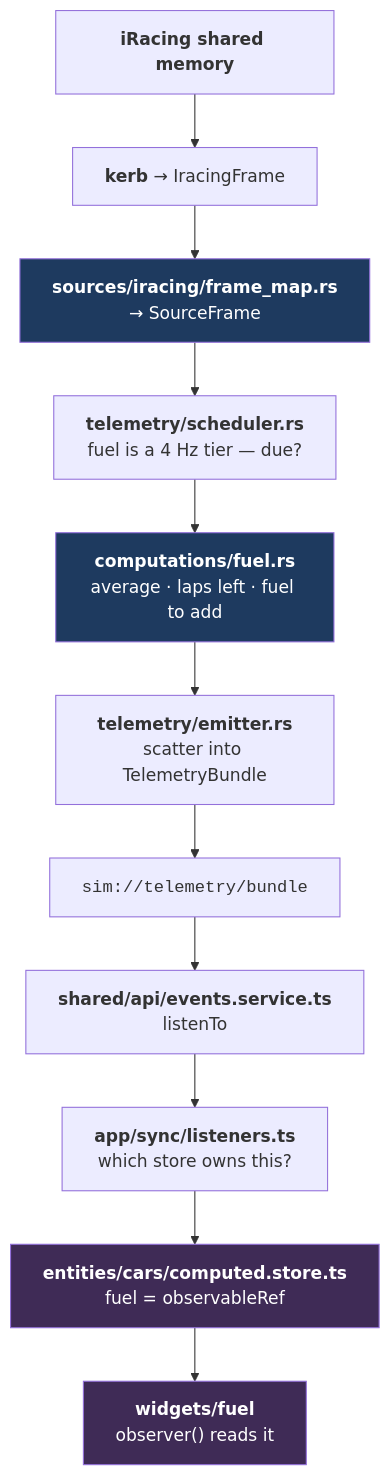
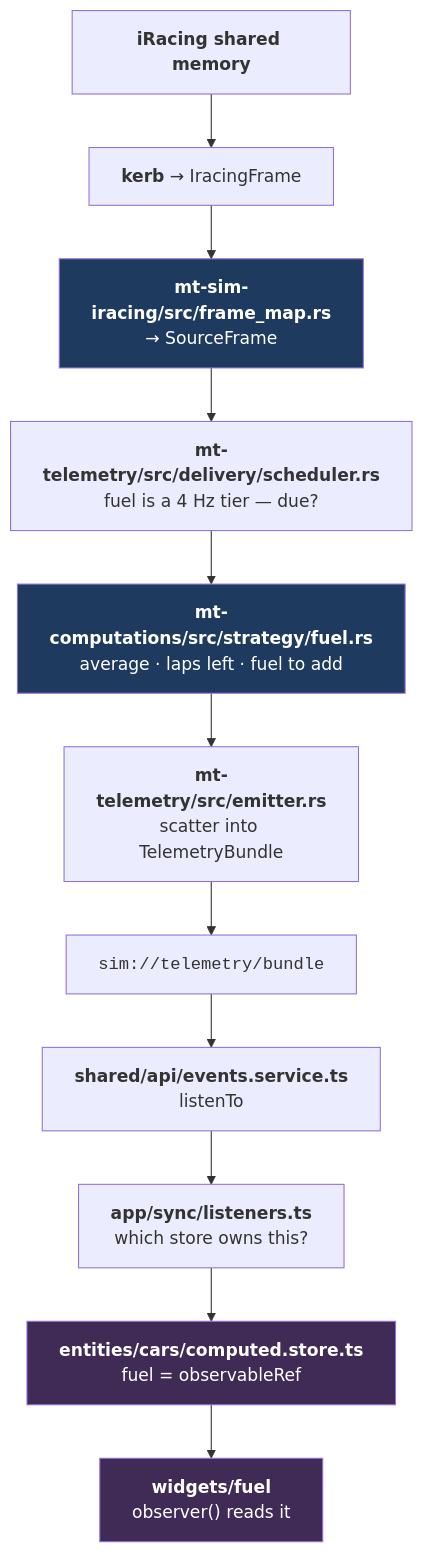
Diagram 19 of 22 in docs/architecture.md (mvoof/Marble-Trace), drawn with Mermaid before and after one commit. The commit also changed other lines of this file and 291 other files, not shown here.

````diff
--- a/docs/architecture.md
+++ b/docs/architecture.md
@@ -1698,21 +1718,21 @@
 ```mermaid
 flowchart TB
     S["<b>iRacing shared memory</b>"]
     K["<b>kerb</b> → IracingFrame"]
-    SRC["<b>sources/iracing/frame_map.rs</b><br/>→ SourceFrame"]
-    SCH["<b>telemetry/scheduler.rs</b><br/>fuel is a 4 Hz tier — due?"]
-    COMP["<b>computations/fuel.rs</b><br/>average · laps left · fuel to add"]
-    EM["<b>telemetry/emitter.rs</b><br/>scatter into TelemetryBundle"]
+    SRC["<b>mt-sim-iracing/src/frame_map.rs</b><br/>→ SourceFrame"]
+    SCH["<b>mt-telemetry/src/delivery/scheduler.rs</b><br/>fuel is a 4 Hz tier — due?"]
+    COMP["<b>mt-computations/src/strategy/fuel.rs</b><br/>average · laps left · fuel to add"]
+    EM["<b>mt-telemetry/src/emitter.rs</b><br/>scatter into TelemetryBundle"]
     EV["<code>sim://telemetry/bundle</code>"]
     SVC["<b>shared/api/events.service.ts</b><br/>listenTo"]
     SYNC["<b>app/sync/listeners.ts</b><br/>which store owns this?"]
     DATA["<b>entities/cars/computed.store.ts</b><br/>fuel = observableRef"]
     UI["<b>widgets/fuel</b><br/>observer() reads it"]
 
     S --> K --> SRC --> SCH --> COMP --> EM --> EV --> SVC --> SYNC --> DATA --> UI
 
     style SRC fill:#1e3a5f,color:#fff
     style COMP fill:#1e3a5f,color:#fff
     style DATA fill:#3f2b56,color:#fff
     style UI fill:#3f2b56,color:#fff
 ```
````
